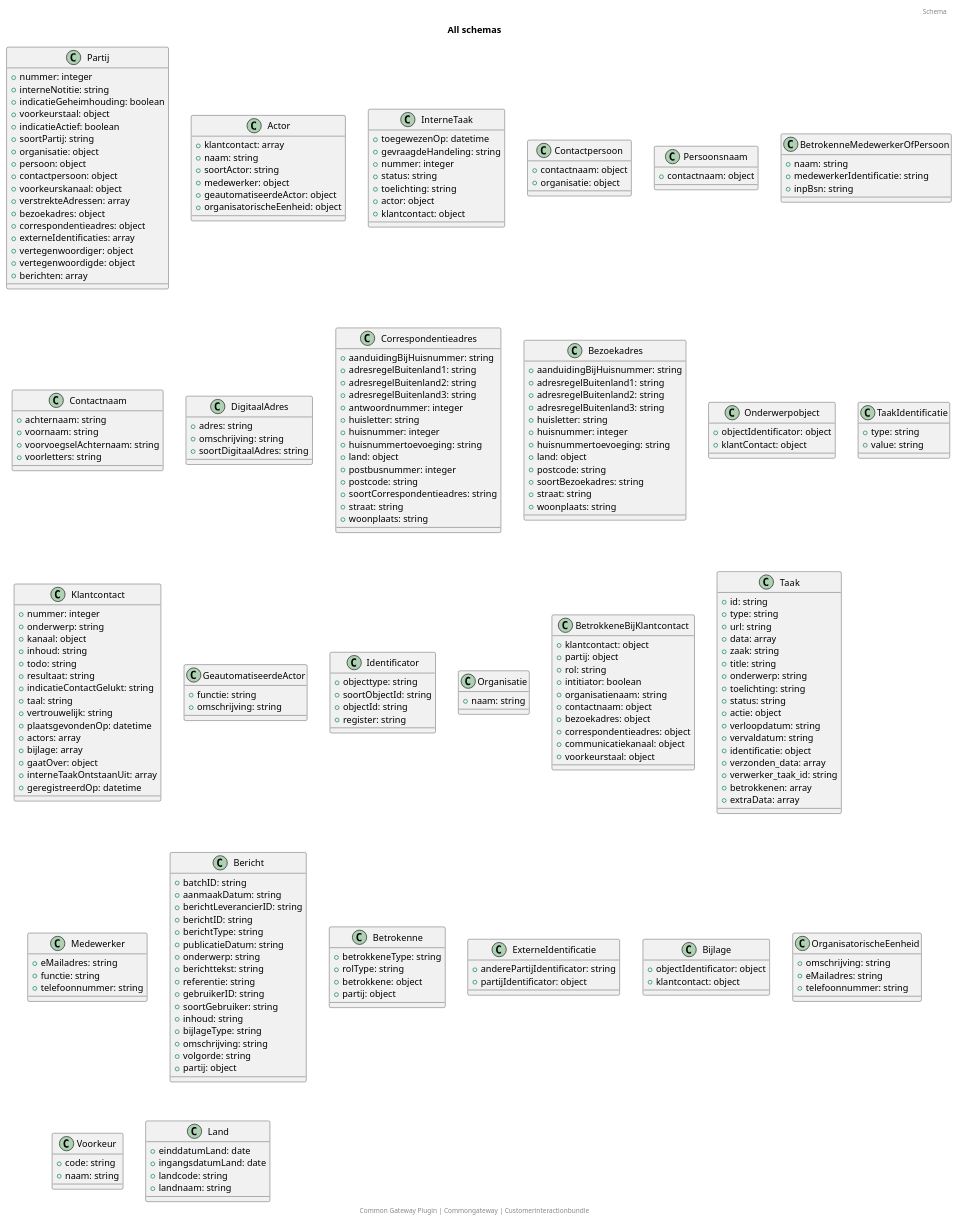
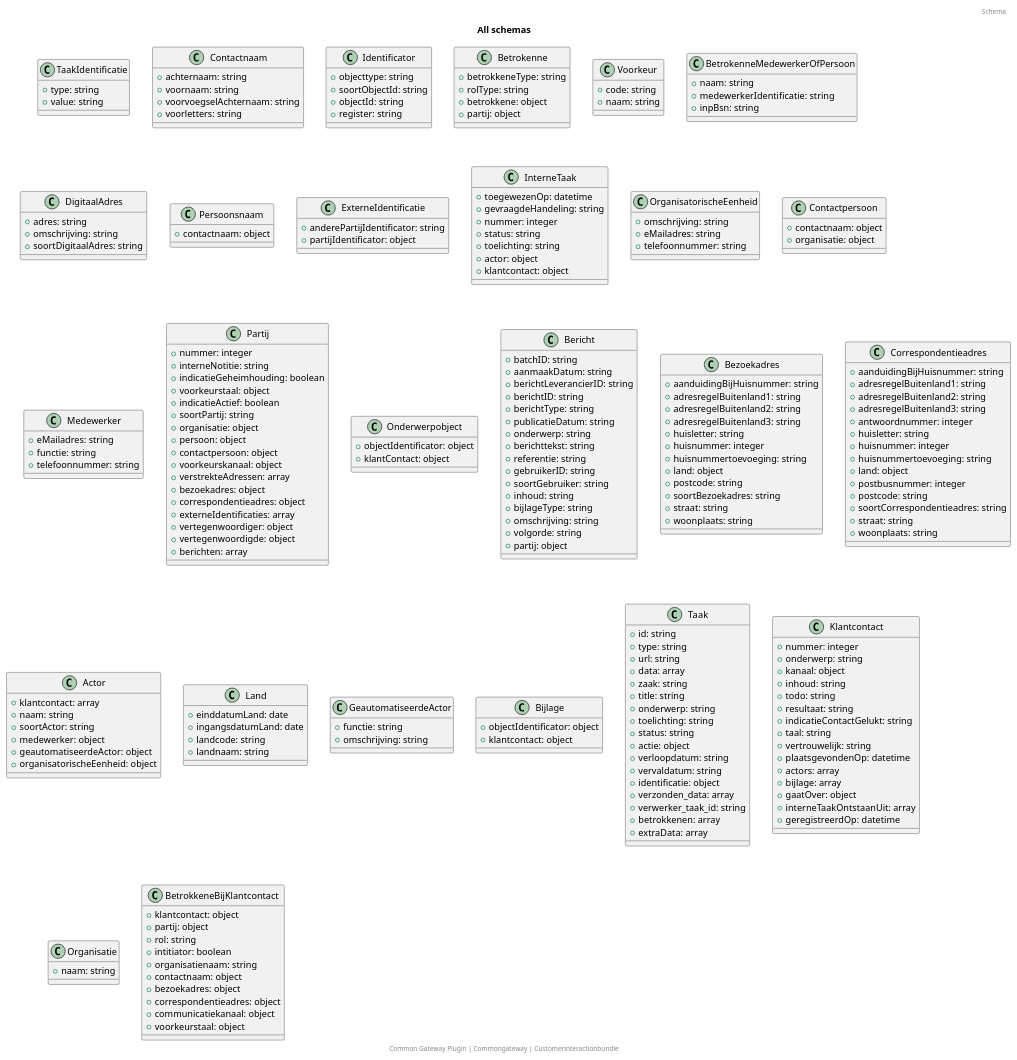
One commit to CommonGateway/CustomerInteractionBundle changed the diagram in docs/schema/all_schema_classes.puml. Above: the diagram before and after it, drawn with PlantUML. The commit also changed other lines of this file and 1 other file, not shown here.

```diff
--- a/docs/schema/all_schema_classes.puml
+++ b/docs/schema/all_schema_classes.puml
@@ -2,6 +2,72 @@
 title: All schemas
 footer: Common Gateway Plugin | Commongateway | Customerinteractionbundle 
 header: Schema
+class TaakIdentificatie {
+  + type: string
+  + value: string
+}
+class Contactnaam {
+  + achternaam: string
+  + voornaam: string
+  + voorvoegselAchternaam: string
+  + voorletters: string
+}
+class Identificator {
+  + objecttype: string
+  + soortObjectId: string
+  + objectId: string
+  + register: string
+}
+class Betrokenne {
+  + betrokkeneType: string
+  + rolType: string
+  + betrokkene: object
+  + partij: object
+}
+class Voorkeur {
+  + code: string
+  + naam: string
+}
+class BetrokenneMedewerkerOfPersoon {
+  + naam: string
+  + medewerkerIdentificatie: string
+  + inpBsn: string
+}
+class DigitaalAdres {
+  + adres: string
+  + omschrijving: string
+  + soortDigitaalAdres: string
+}
+class Persoonsnaam {
+  + contactnaam: object
+}
+class ExterneIdentificatie {
+  + anderePartijIdentificator: string
+  + partijIdentificator: object
+}
+class InterneTaak {
+  + toegewezenOp: datetime
+  + gevraagdeHandeling: string
+  + nummer: integer
+  + status: string
+  + toelichting: string
+  + actor: object
+  + klantcontact: object
+}
+class OrganisatorischeEenheid {
+  + omschrijving: string
+  + eMailadres: string
+  + telefoonnummer: string
+}
+class Contactpersoon {
+  + contactnaam: object
+  + organisatie: object
+}
+class Medewerker {
+  + eMailadres: string
+  + functie: string
+  + telefoonnummer: string
+}
 class Partij {
   + nummer: integer
   + interneNotitie: string
@@ -21,45 +87,41 @@
   + vertegenwoordigde: object
   + berichten: array
 }
-class Actor {
-  + klantcontact: array
-  + naam: string
-  + soortActor: string
-  + medewerker: object
-  + geautomatiseerdeActor: object
-  + organisatorischeEenheid: object
+class Onderwerpobject {
+  + objectIdentificator: object
+  + klantContact: object
 }
-class InterneTaak {
-  + toegewezenOp: datetime
-  + gevraagdeHandeling: string
-  + nummer: integer
-  + status: string
-  + toelichting: string
-  + actor: object
-  + klantcontact: object
+class Bericht {
+  + batchID: string
+  + aanmaakDatum: string
+  + berichtLeverancierID: string
+  + berichtID: string
+  + berichtType: string
+  + publicatieDatum: string
+  + onderwerp: string
+  + berichttekst: string
+  + referentie: string
+  + gebruikerID: string
+  + soortGebruiker: string
+  + inhoud: string
+  + bijlageType: string
+  + omschrijving: string
+  + volgorde: string
+  + partij: object
 }
-class Contactpersoon {
-  + contactnaam: object
-  + organisatie: object
-}
-class Persoonsnaam {
-  + contactnaam: object
-}
-class BetrokenneMedewerkerOfPersoon {
-  + naam: string
-  + medewerkerIdentificatie: string
-  + inpBsn: string
-}
-class Contactnaam {
-  + achternaam: string
-  + voornaam: string
-  + voorvoegselAchternaam: string
-  + voorletters: string
-}
-class DigitaalAdres {
-  + adres: string
-  + omschrijving: string
-  + soortDigitaalAdres: string
+class Bezoekadres {
+  + aanduidingBijHuisnummer: string
+  + adresregelBuitenland1: string
+  + adresregelBuitenland2: string
+  + adresregelBuitenland3: string
+  + huisletter: string
+  + huisnummer: integer
+  + huisnummertoevoeging: string
+  + land: object
+  + postcode: string
+  + soortBezoekadres: string
+  + straat: string
+  + woonplaats: string
 }
 class Correspondentieadres {
   + aanduidingBijHuisnummer: string
@@ -77,69 +139,27 @@
   + straat: string
   + woonplaats: string
 }
-class Bezoekadres {
-  + aanduidingBijHuisnummer: string
-  + adresregelBuitenland1: string
-  + adresregelBuitenland2: string
-  + adresregelBuitenland3: string
-  + huisletter: string
-  + huisnummer: integer
-  + huisnummertoevoeging: string
-  + land: object
-  + postcode: string
-  + soortBezoekadres: string
-  + straat: string
-  + woonplaats: string
+class Actor {
+  + klantcontact: array
+  + naam: string
+  + soortActor: string
+  + medewerker: object
+  + geautomatiseerdeActor: object
+  + organisatorischeEenheid: object
 }
-class Onderwerpobject {
-  + objectIdentificator: object
-  + klantContact: object
-}
-class TaakIdentificatie {
-  + type: string
-  + value: string
-}
-class Klantcontact {
-  + nummer: integer
-  + onderwerp: string
-  + kanaal: object
-  + inhoud: string
-  + todo: string
-  + resultaat: string
-  + indicatieContactGelukt: string
-  + taal: string
-  + vertrouwelijk: string
-  + plaatsgevondenOp: datetime
-  + actors: array
-  + bijlage: array
-  + gaatOver: object
-  + interneTaakOntstaanUit: array
-  + geregistreerdOp: datetime
+class Land {
+  + einddatumLand: date
+  + ingangsdatumLand: date
+  + landcode: string
+  + landnaam: string
 }
 class GeautomatiseerdeActor {
   + functie: string
   + omschrijving: string
 }
-class Identificator {
-  + objecttype: string
-  + soortObjectId: string
-  + objectId: string
-  + register: string
-}
-class Organisatie {
-  + naam: string
-}
-class BetrokkeneBijKlantcontact {
+class Bijlage {
+  + objectIdentificator: object
   + klantcontact: object
-  + partij: object
-  + rol: string
-  + intitiator: boolean
-  + organisatienaam: string
-  + contactnaam: object
-  + bezoekadres: object
-  + correspondentieadres: object
-  + communicatiekanaal: object
-  + voorkeurstaal: object
 }
 class Taak {
   + id: string
@@ -160,56 +180,36 @@
   + betrokkenen: array
   + extraData: array
 }
-class Medewerker {
-  + eMailadres: string
-  + functie: string
-  + telefoonnummer: string
+class Klantcontact {
+  + nummer: integer
+  + onderwerp: string
+  + kanaal: object
+  + inhoud: string
+  + todo: string
+  + resultaat: string
+  + indicatieContactGelukt: string
+  + taal: string
+  + vertrouwelijk: string
+  + plaatsgevondenOp: datetime
+  + actors: array
+  + bijlage: array
+  + gaatOver: object
+  + interneTaakOntstaanUit: array
+  + geregistreerdOp: datetime
 }
-class Bericht {
-  + batchID: string
-  + aanmaakDatum: string
-  + berichtLeverancierID: string
-  + berichtID: string
-  + berichtType: string
-  + publicatieDatum: string
-  + onderwerp: string
-  + berichttekst: string
-  + referentie: string
-  + gebruikerID: string
-  + soortGebruiker: string
-  + inhoud: string
-  + bijlageType: string
-  + omschrijving: string
-  + volgorde: string
-  + partij: object
-}
-class Betrokenne {
-  + betrokkeneType: string
-  + rolType: string
-  + betrokkene: object
-  + partij: object
-}
-class ExterneIdentificatie {
-  + anderePartijIdentificator: string
-  + partijIdentificator: object
-}
-class Bijlage {
-  + objectIdentificator: object
-  + klantcontact: object
-}
-class OrganisatorischeEenheid {
-  + omschrijving: string
-  + eMailadres: string
-  + telefoonnummer: string
-}
-class Voorkeur {
-  + code: string
+class Organisatie {
   + naam: string
 }
-class Land {
-  + einddatumLand: date
-  + ingangsdatumLand: date
-  + landcode: string
-  + landnaam: string
+class BetrokkeneBijKlantcontact {
+  + klantcontact: object
+  + partij: object
+  + rol: string
+  + intitiator: boolean
+  + organisatienaam: string
+  + contactnaam: object
+  + bezoekadres: object
+  + correspondentieadres: object
+  + communicatiekanaal: object
+  + voorkeurstaal: object
 }
 @enduml
```
